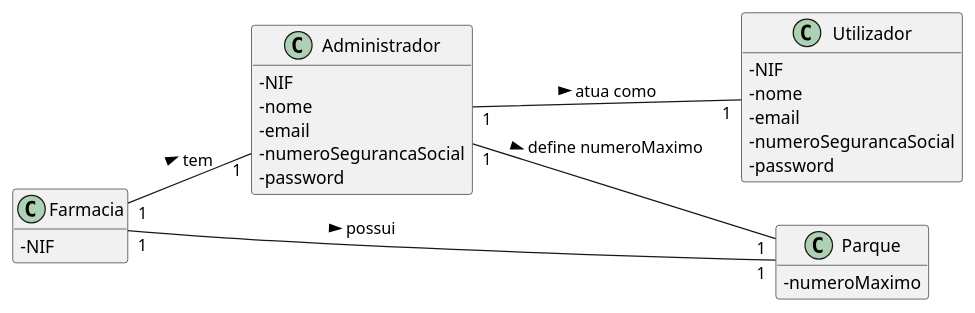
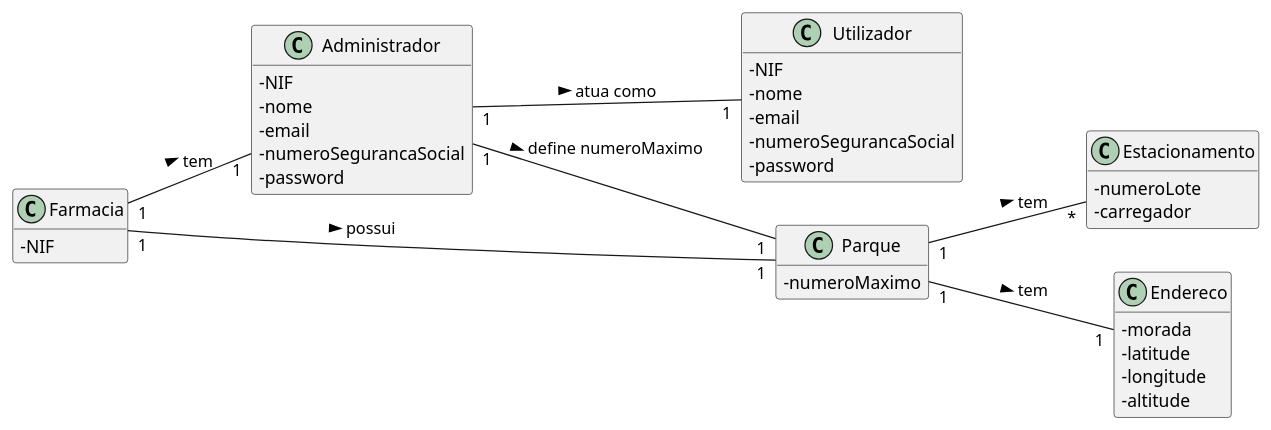
The diagram in docs/UC8/MD-REGISTAR FARMACIA.puml (pedrolemos4/LAPR3), drawn with PlantUML before and after one commit. The commit also changed 3 other files, not shown here.

```diff
--- a/docs/UC8/MD-REGISTAR FARMACIA.puml
+++ b/docs/UC8/MD-REGISTAR FARMACIA.puml
@@ -1,35 +1,49 @@
 @startuml
 skinparam classAttributeIconSize 0
 hide methods
 left to right direction
 
 class Farmacia {
   -NIF
+}
+
+class Estacionamento {
+  -numeroLote
+  -carregador
 }
 
 class Utilizador {
   -NIF
   -nome
   -email
   -numeroSegurancaSocial
   -password
 }
 
 class Administrador {
   -NIF
   -nome
   -email
   -numeroSegurancaSocial
   -password
 }
 
+class Endereco {
+  -morada
+  -latitude
+  -longitude
+  -altitude
+}
+
 class Parque {
   -numeroMaximo
 }
 
 Administrador "1" -- "1" Utilizador: atua como >
 Administrador "1" -- "1" Parque: define numeroMaximo >
 Farmacia "1" -- "1" Parque: possui >
+Parque "1" -- "1" Endereco: tem >
+Parque "1" -- "*" Estacionamento: tem >
 Farmacia "1" -- "1" Administrador: tem >
 
 @enduml
```
